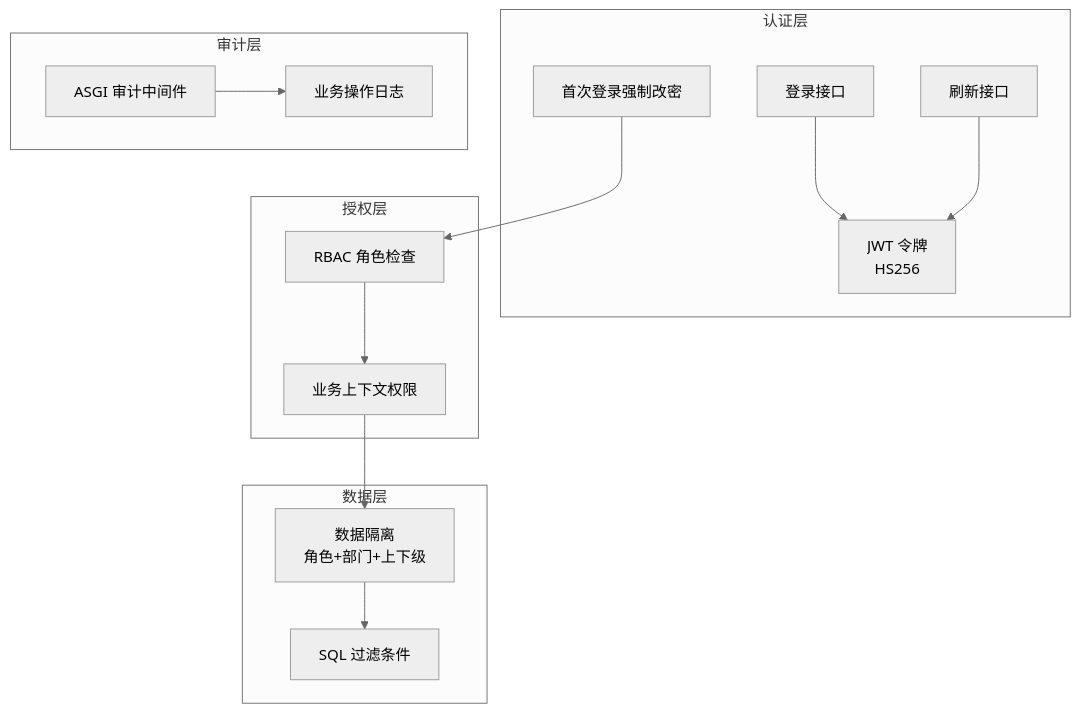
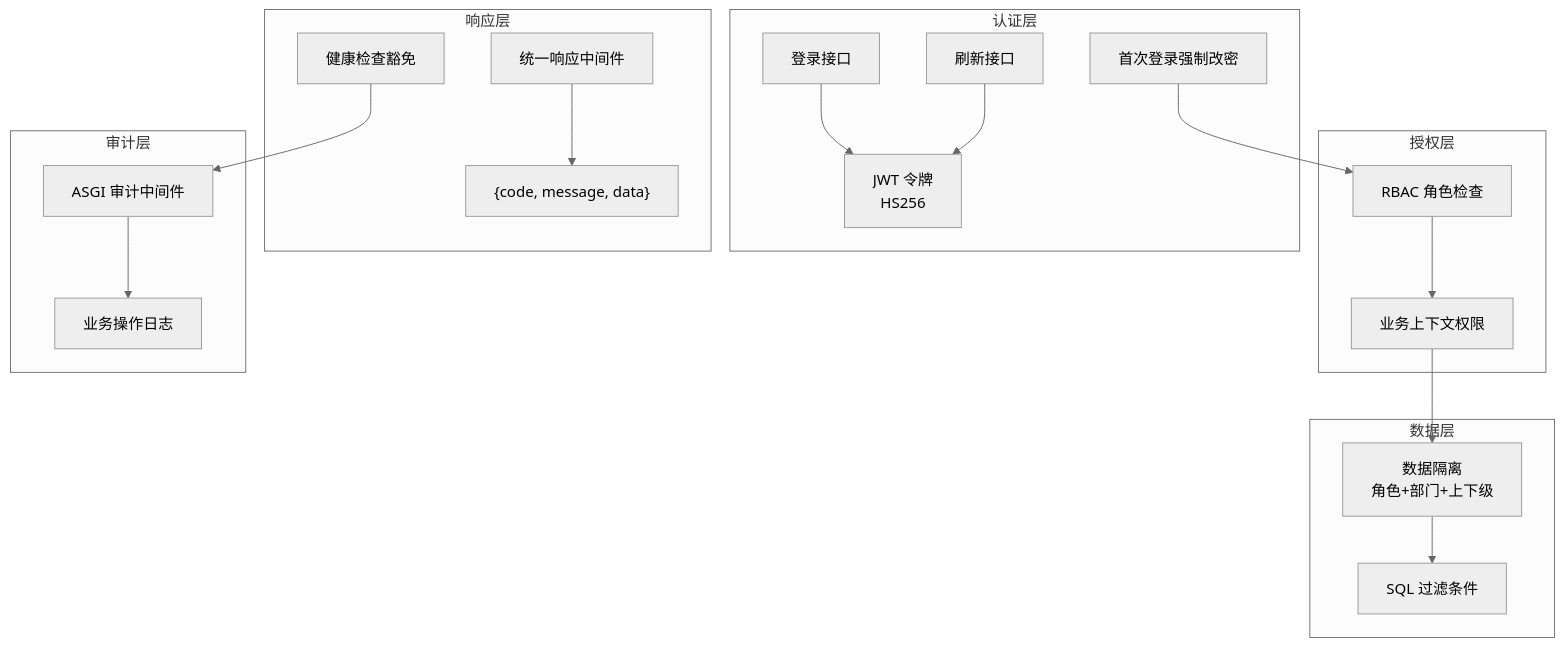
The seventh of 13 diagrams in .qoder/repowiki/zh/content/系统架构/安全架构设计/安全架构设计.md (xgd561/performance_evaluation_system), drawn with Mermaid (neutral theme) before and after one commit. The commit also changed other lines of this file and 136 other files, not shown here.

````diff
--- a/.qoder/repowiki/zh/content/系统架构/安全架构设计/安全架构设计.md
+++ b/.qoder/repowiki/zh/content/系统架构/安全架构设计/安全架构设计.md
@@ -232,28 +285,35 @@
 ```mermaid
 graph TB
 subgraph "认证层"
 JWT["JWT 令牌<br/>HS256"]
 Login["登录接口"]
 Refresh["刷新接口"]
 FirstLogin["首次登录强制改密"]
 end
 subgraph "授权层"
 RBAC["RBAC 角色检查"]
 ContextAuth["业务上下文权限"]
 end
 subgraph "数据层"
 Isolation["数据隔离<br/>角色+部门+上下级"]
 QueryFilter["SQL 过滤条件"]
 end
+subgraph "响应层"
+UnifiedResp["统一响应中间件"]
+EnvelopeFormat["{code, message, data}"]
+HealthExempt["健康检查豁免"]
+end
 subgraph "审计层"
 Middleware["ASGI 审计中间件"]
 ServiceLog["业务操作日志"]
 end
 Login --> JWT
 Refresh --> JWT
 FirstLogin --> RBAC
 RBAC --> ContextAuth
 ContextAuth --> Isolation
 Isolation --> QueryFilter
+UnifiedResp --> EnvelopeFormat
+HealthExempt --> Middleware
 Middleware --> ServiceLog
 ```
````
